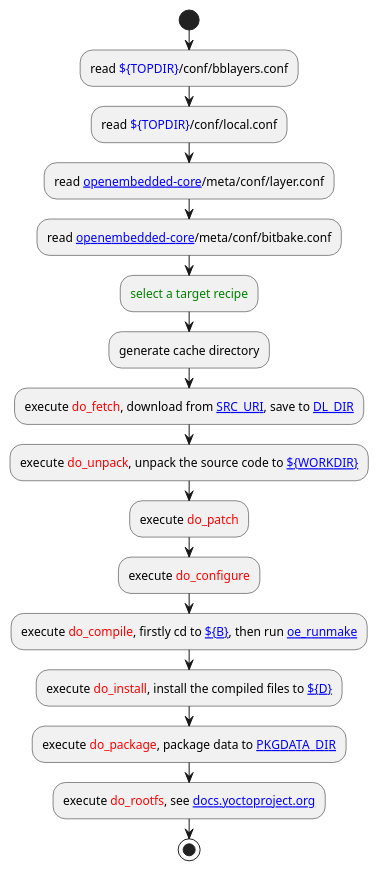
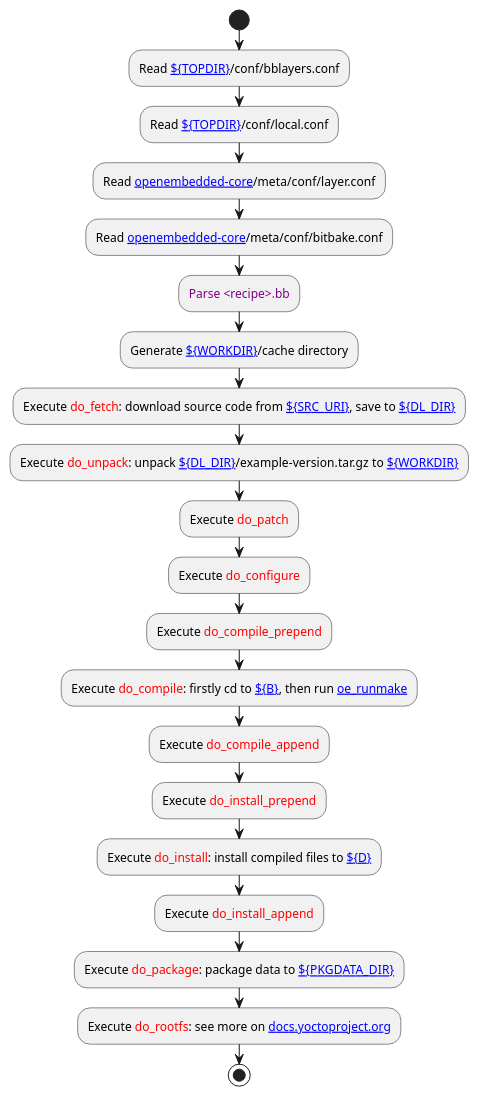
One commit to zhyantao/docs changed the diagram in docs/cli/yocto.md. Above: the diagram before and after it, drawn with PlantUML. The commit also changed other lines of this file, not shown here.

````diff
--- a/docs/cli/yocto.md
+++ b/docs/cli/yocto.md
@@ -43,20 +39,24 @@
 ```{uml}
 @startuml
 start
-:read <color:blue>${TOPDIR}</color>/conf/bblayers.conf;
-:read <color:blue>${TOPDIR}</color>/conf/local.conf;
-:read [[https://git.openembedded.org/openembedded-core/tree/?h=styhead openembedded-core]]/meta/conf/layer.conf;
-:read [[https://git.openembedded.org/openembedded-core/tree/?h=styhead openembedded-core]]/meta/conf/bitbake.conf;
-:<color:green>select a target recipe</color>;
-:generate cache directory;
-:execute <color:red>do_fetch</color>, download from [[https://docs.yoctoproject.org/5.1.1/ref-manual/variables.html#term-SRC_URI SRC_URI]], save to [[https://git.openembedded.org/openembedded-core/tree/meta/conf/bitbake.conf?h=styhead#n842 DL_DIR]];
-:execute <color:red>do_unpack</color>, unpack the source code to [[https://git.openembedded.org/openembedded-core/tree/meta/conf/bitbake.conf?h=styhead#n404 ${WORKDIR}]];
-:execute <color:red>do_patch</color>;
-:execute <color:red>do_configure</color>;
-:execute <color:red>do_compile</color>, firstly cd to [[https://git.openembedded.org/openembedded-core/tree/meta/conf/bitbake.conf?h=styhead#n409 ${B}]], then run [[https://git.openembedded.org/openembedded-core/tree/meta/classes-global/base.bbclass?h=styhead#n41 oe_runmake]];
-:execute <color:red>do_install</color>, install the compiled files to [[https://git.openembedded.org/openembedded-core/tree/meta/conf/bitbake.conf?h=styhead#n407 ${D}]];
-:execute <color:red>do_package</color>, package data to [[https://docs.yoctoproject.org/5.1.1/ref-manual/variables.html#term-PKGDATA_DIR PKGDATA_DIR]];
-:execute <color:red>do_rootfs</color>, see [[https://docs.yoctoproject.org/5.1.1/ref-manual/tasks.html#ref-tasks-rootfs docs.yoctoproject.org]];
+:Read [[https://docs.yoctoproject.org/ref-manual/variables.html#term-TOPDIR ${TOPDIR}]]/conf/bblayers.conf;
+:Read [[https://docs.yoctoproject.org/ref-manual/variables.html#term-TOPDIR ${TOPDIR}]]/conf/local.conf;
+:Read [[https://git.openembedded.org/openembedded-core/tree/?h=styhead openembedded-core]]/meta/conf/layer.conf;
+:Read [[https://git.openembedded.org/openembedded-core/tree/?h=styhead openembedded-core]]/meta/conf/bitbake.conf;
+:<color:purple>Parse <recipe>.bb</color>;
+:Generate [[https://git.openembedded.org/openembedded-core/tree/meta/conf/bitbake.conf?h=styhead#n404 ${WORKDIR}]]/cache directory;
+:Execute <color:red>do_fetch</color>: download source code from [[https://docs.yoctoproject.org/5.1.1/ref-manual/variables.html#term-SRC_URI ${SRC_URI}]], save to [[https://git.openembedded.org/openembedded-core/tree/meta/conf/bitbake.conf?h=styhead#n842 ${DL_DIR}]];
+:Execute <color:red>do_unpack</color>: unpack [[https://git.openembedded.org/openembedded-core/tree/meta/conf/bitbake.conf?h=styhead#n842 ${DL_DIR}]]/example-version.tar.gz to [[https://git.openembedded.org/openembedded-core/tree/meta/conf/bitbake.conf?h=styhead#n404 ${WORKDIR}]];
+:Execute <color:red>do_patch</color>;
+:Execute <color:red>do_configure</color>;
+:Execute <color:red>do_compile_prepend</color>;
+:Execute <color:red>do_compile</color>: firstly cd to [[https://git.openembedded.org/openembedded-core/tree/meta/conf/bitbake.conf?h=styhead#n409 ${B}]], then run [[https://git.openembedded.org/openembedded-core/tree/meta/classes-global/base.bbclass?h=styhead#n41 oe_runmake]];
+:Execute <color:red>do_compile_append</color>;
+:Execute <color:red>do_install_prepend</color>;
+:Execute <color:red>do_install</color>: install compiled files to [[https://git.openembedded.org/openembedded-core/tree/meta/conf/bitbake.conf?h=styhead#n407 ${D}]];
+:Execute <color:red>do_install_append</color>;
+:Execute <color:red>do_package</color>: package data to [[https://docs.yoctoproject.org/5.1.1/ref-manual/variables.html#term-PKGDATA_DIR ${PKGDATA_DIR}]];
+:Execute <color:red>do_rootfs</color>: see more on [[https://docs.yoctoproject.org/5.1.1/ref-manual/tasks.html#ref-tasks-rootfs docs.yoctoproject.org]];
 stop
 @enduml
 ```
````
